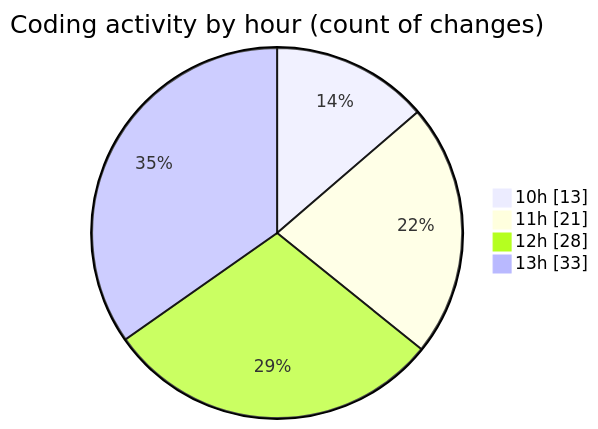
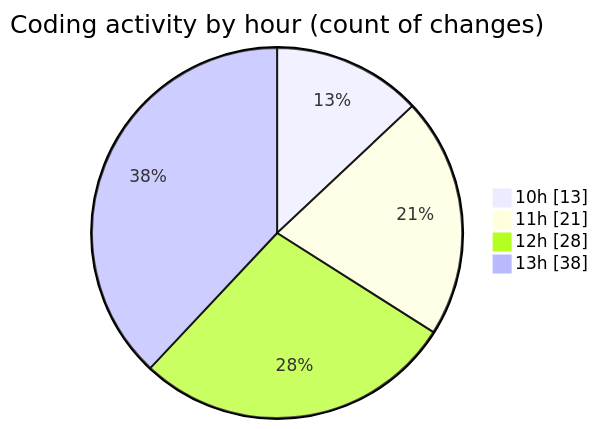
One commit to momahboobian/code-tracking changed the second of 2 diagrams in 2025-06-19/cda/README.md. Above: the diagram before and after it, drawn with Mermaid. The commit also changed other lines of this file and 1 other file, not shown here.

````diff
--- a/2025-06-19/cda/README.md
+++ b/2025-06-19/cda/README.md
@@ -41,8 +41,8 @@
 ```mermaid
 pie showData
 title Coding activity by hour (count of changes)
 "10h" : 13
 "11h" : 21
 "12h" : 28
-"13h" : 33
+"13h" : 38
 ```
````
